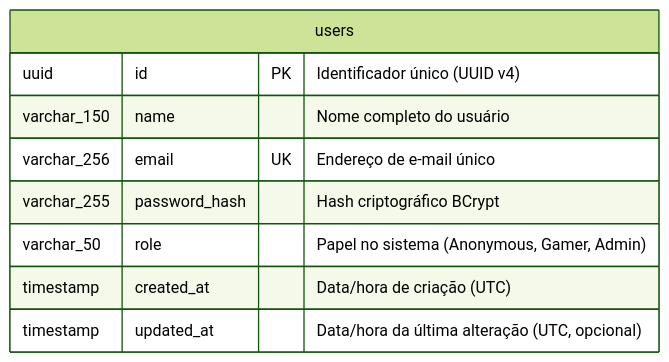
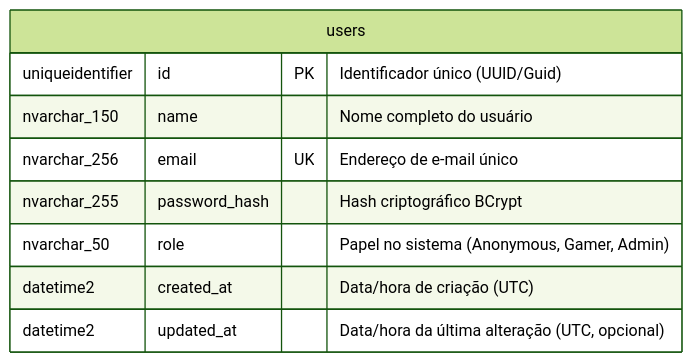
Before and after one commit to idgrego/fcg-fase-02--users: the second of 2 diagrams in docs/infrastructure.md, drawn with Mermaid (forest theme). The commit also changed other lines of this file and 9 other files, not shown here.

````diff
--- a/docs/infrastructure.md
+++ b/docs/infrastructure.md
@@ -49,12 +49,12 @@
 ```mermaid
 erDiagram
     users {
-        uuid id PK "Identificador único (UUID v4)"
-        varchar_150 name "Nome completo do usuário"
-        varchar_256 email UK "Endereço de e-mail único"
-        varchar_255 password_hash "Hash criptográfico BCrypt"
-        varchar_50 role "Papel no sistema (Anonymous, Gamer, Admin)"
-        timestamp created_at "Data/hora de criação (UTC)"
-        timestamp updated_at "Data/hora da última alteração (UTC, opcional)"
+        uniqueidentifier id PK "Identificador único (UUID/Guid)"
+        nvarchar_150 name "Nome completo do usuário"
+        nvarchar_256 email UK "Endereço de e-mail único"
+        nvarchar_255 password_hash "Hash criptográfico BCrypt"
+        nvarchar_50 role "Papel no sistema (Anonymous, Gamer, Admin)"
+        datetime2 created_at "Data/hora de criação (UTC)"
+        datetime2 updated_at "Data/hora da última alteração (UTC, opcional)"
     }
 ```
````
